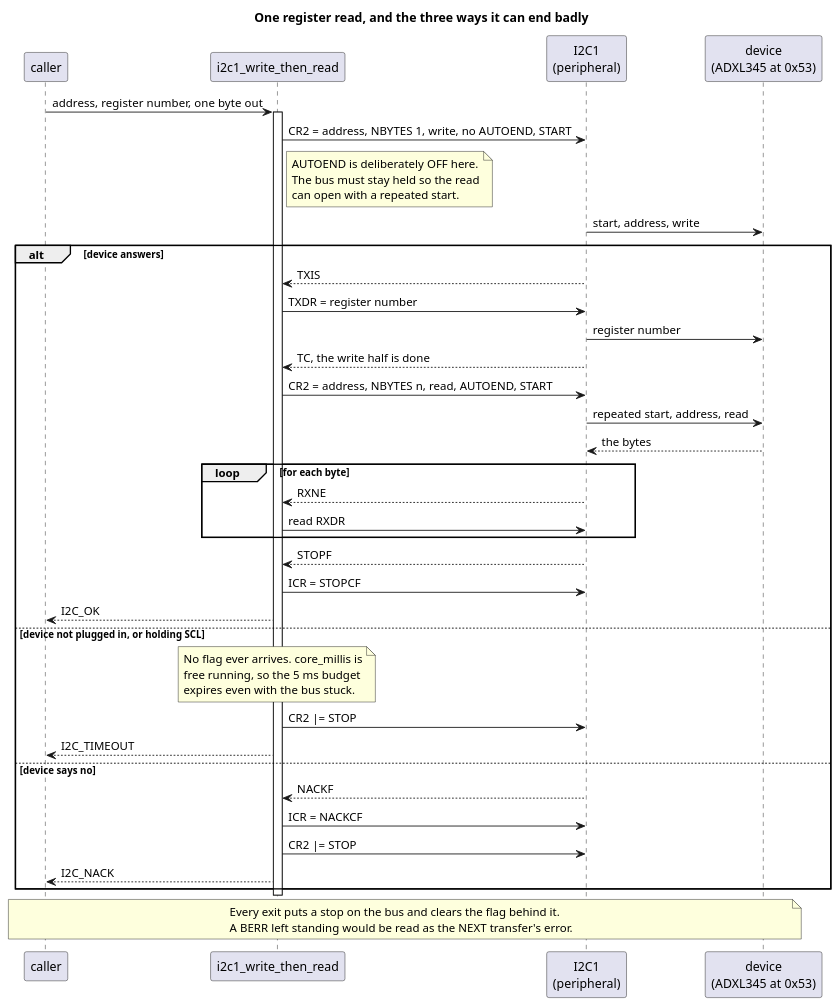
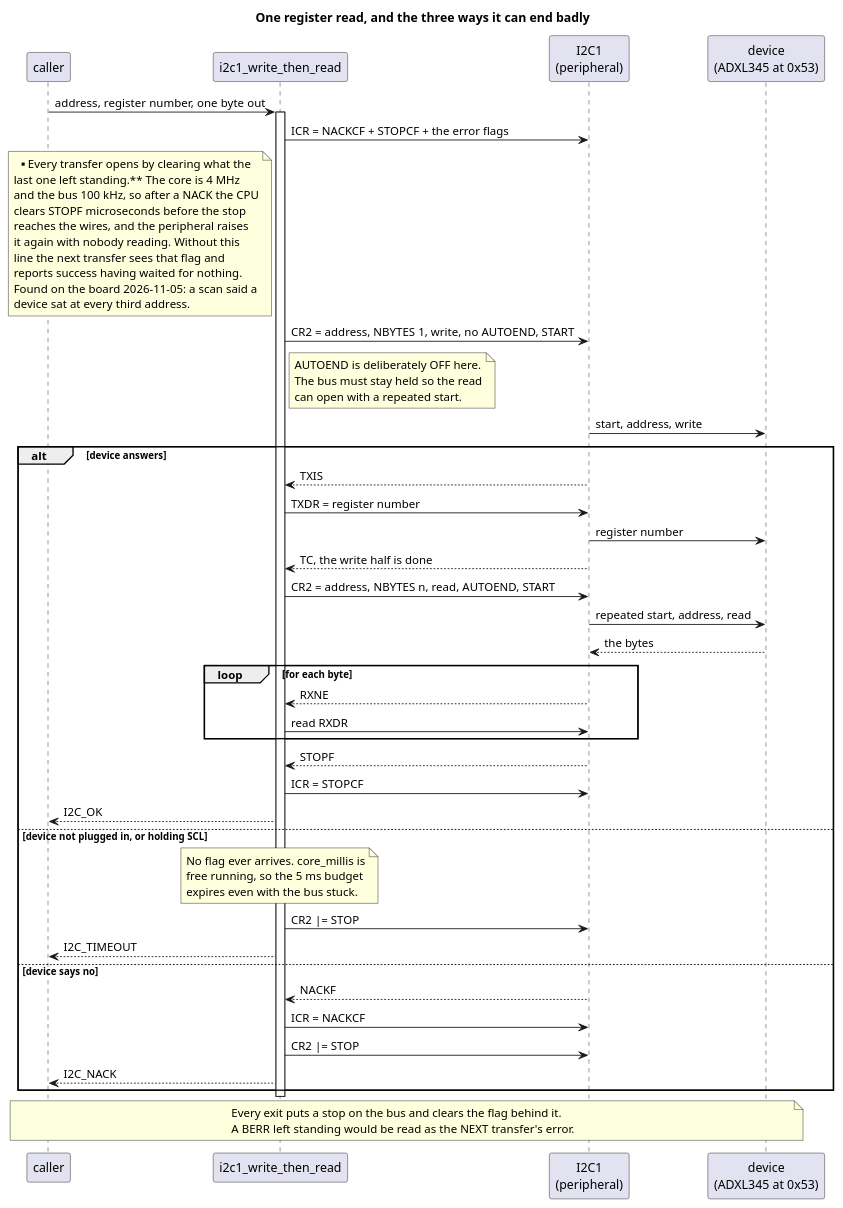
Before and after one commit to bogdanbaloi/hmi-edge-node: the diagram in docs/uml/i2c-register-read.puml, drawn with PlantUML. The commit also changed 2 other files, not shown here.

Commit message:
Open every transfer with the status register cleared
- After a refused address the core clears the stop flag microseconds
  before the stop has reached the wires, so the peripheral raises it
  again with nobody left to read it
- The next transfer then saw that flag and took it for its own,
  reporting success without having waited for the bus at all
- Measured on the board: a scan of 112 addresses claimed a device at
  every third one, finishing in 45 microseconds per probe, which is
  less than one address byte can cost at 100 kHz
- After the fix the same scan answers nothing at 116 microseconds a
  probe. The accelerometer answers for the first time

```diff
--- a/docs/uml/i2c-register-read.puml
+++ b/docs/uml/i2c-register-read.puml
@@ -1,64 +1,78 @@
 @startuml i2c-register-read
 ' Reading one register over I2C1, which is the shape every ADXL345 access
 ' takes. Grounded in Src/i2c.c (i2c1_write_then_read, begin_transfer,
 ' wait_for, force_stop) and in STM32L476.svd for the register and bit names.
 
 title One register read, and the three ways it can end badly
 
 skinparam shadowing false
 
 participant "caller" as app
 participant "i2c1_write_then_read" as drv
 participant "I2C1\n(peripheral)" as per
 participant "device\n(ADXL345 at 0x53)" as dev
 
 app -> drv : address, register number, one byte out
 activate drv
+
+drv -> per : ICR = NACKCF + STOPCF + the error flags
+note left of drv
+  **Every transfer opens by clearing what the
+  last one left standing.** The core is 4 MHz
+  and the bus 100 kHz, so after a NACK the CPU
+  clears STOPF microseconds before the stop
+  reaches the wires, and the peripheral raises
+  it again with nobody reading. Without this
+  line the next transfer sees that flag and
+  reports success having waited for nothing.
+  Found on the board 2026-11-05: a scan said a
+  device sat at every third address.
+end note
 
 drv -> per : CR2 = address, NBYTES 1, write, no AUTOEND, START
 note right of drv
   AUTOEND is deliberately OFF here.
   The bus must stay held so the read
   can open with a repeated start.
 end note
 per -> dev : start, address, write
 
 alt device answers
   per --> drv : TXIS
   drv -> per : TXDR = register number
   per -> dev : register number
   per --> drv : TC, the write half is done
 
   drv -> per : CR2 = address, NBYTES n, read, AUTOEND, START
   per -> dev : repeated start, address, read
   dev --> per : the bytes
   loop for each byte
     per --> drv : RXNE
     drv -> per : read RXDR
   end
   per --> drv : STOPF
   drv -> per : ICR = STOPCF
   drv --> app : I2C_OK
 else device not plugged in, or holding SCL
   note over drv
     No flag ever arrives. core_millis is
     free running, so the 5 ms budget
     expires even with the bus stuck.
   end note
   drv -> per : CR2 |= STOP
   drv --> app : I2C_TIMEOUT
 else device says no
   per --> drv : NACKF
   drv -> per : ICR = NACKCF
   drv -> per : CR2 |= STOP
   drv --> app : I2C_NACK
 end
 
 deactivate drv
 
 note across
   Every exit puts a stop on the bus and clears the flag behind it.
   A BERR left standing would be read as the NEXT transfer's error.
 end note
 
 @enduml
```
